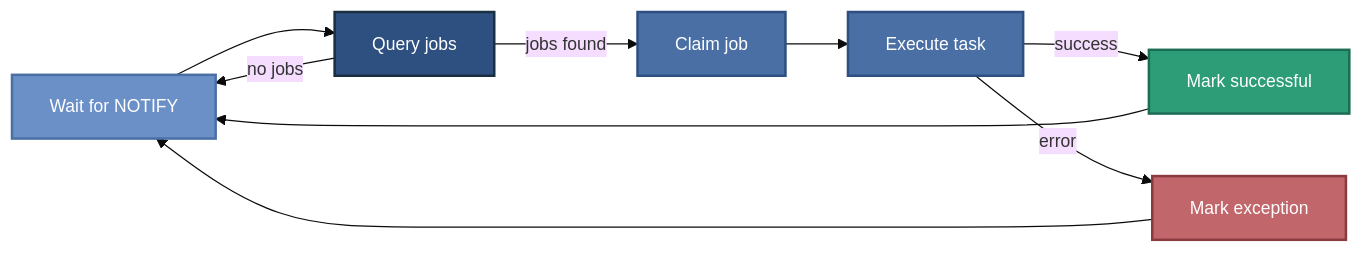
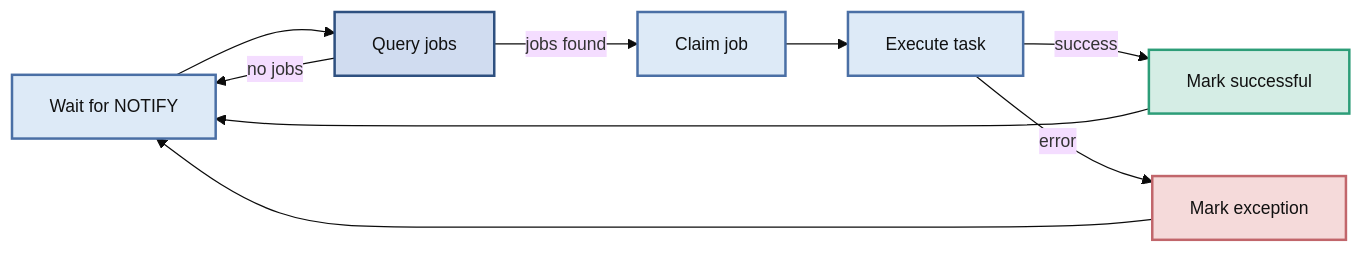
The second of 3 diagrams in docs/reference/architecture.md (janbjorge/pgqueuer), drawn with Mermaid before and after one commit. The commit also changed other lines of this file and 2 other files, not shown here.

First line of the commit message:
docs: fix diagram contrast — light fills with dark text

````diff
--- a/docs/reference/architecture.md
+++ b/docs/reference/architecture.md
@@ -47,24 +47,24 @@
 ```mermaid
 %%{init: {'theme': 'base', 'themeVariables': {'fontSize': '14px', 'fontFamily': 'Inter, sans-serif'}}}%%
 flowchart LR
     Wait[Wait for NOTIFY] --> Query[Query jobs]
     Query -->|no jobs| Wait
     Query -->|jobs found| Claim[Claim job]
     Claim --> Execute[Execute task]
     Execute -->|success| Success[Mark successful]
     Execute -->|error| Error[Mark exception]
     Success --> Wait
     Error --> Wait
 
-    classDef wait    fill:#6B8FC7,stroke:#4A6FA5,stroke-width:2px,color:#fff
-    classDef db      fill:#2E5080,stroke:#1a2f40,stroke-width:2px,color:#fff
-    classDef process fill:#4A6FA5,stroke:#2E5080,stroke-width:2px,color:#fff
-    classDef success fill:#2D9D78,stroke:#1d6d55,stroke-width:2px,color:#fff
-    classDef error   fill:#C1666B,stroke:#8b3a3f,stroke-width:2px,color:#fff
+    classDef wait    fill:#DDEAF7,stroke:#4A6FA5,stroke-width:2px,color:#111
+    classDef db      fill:#D0DCF0,stroke:#2E5080,stroke-width:2px,color:#111
+    classDef process fill:#DDEAF7,stroke:#4A6FA5,stroke-width:2px,color:#111
+    classDef success fill:#D5EDE5,stroke:#2D9D78,stroke-width:2px,color:#111
+    classDef error   fill:#F5DADA,stroke:#C1666B,stroke-width:2px,color:#111
 
     class Wait wait
     class Query db
     class Claim,Execute process
     class Success success
     class Error error
 ```
````
